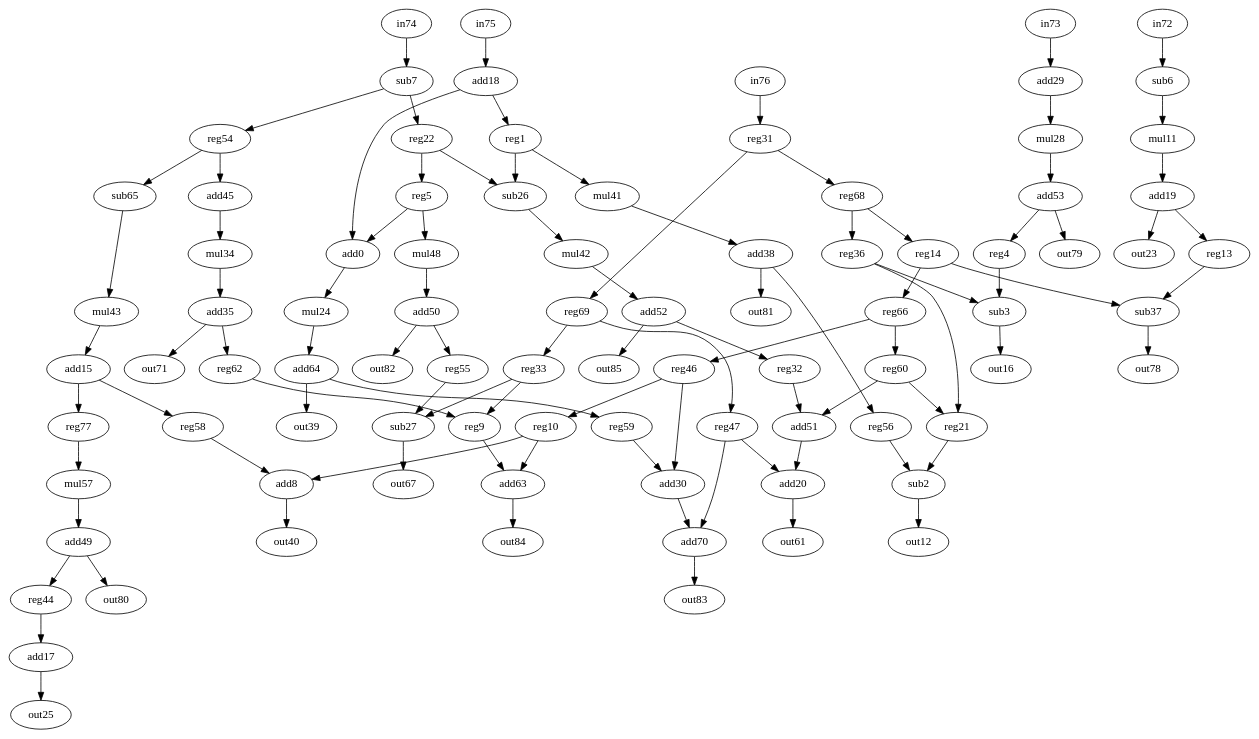
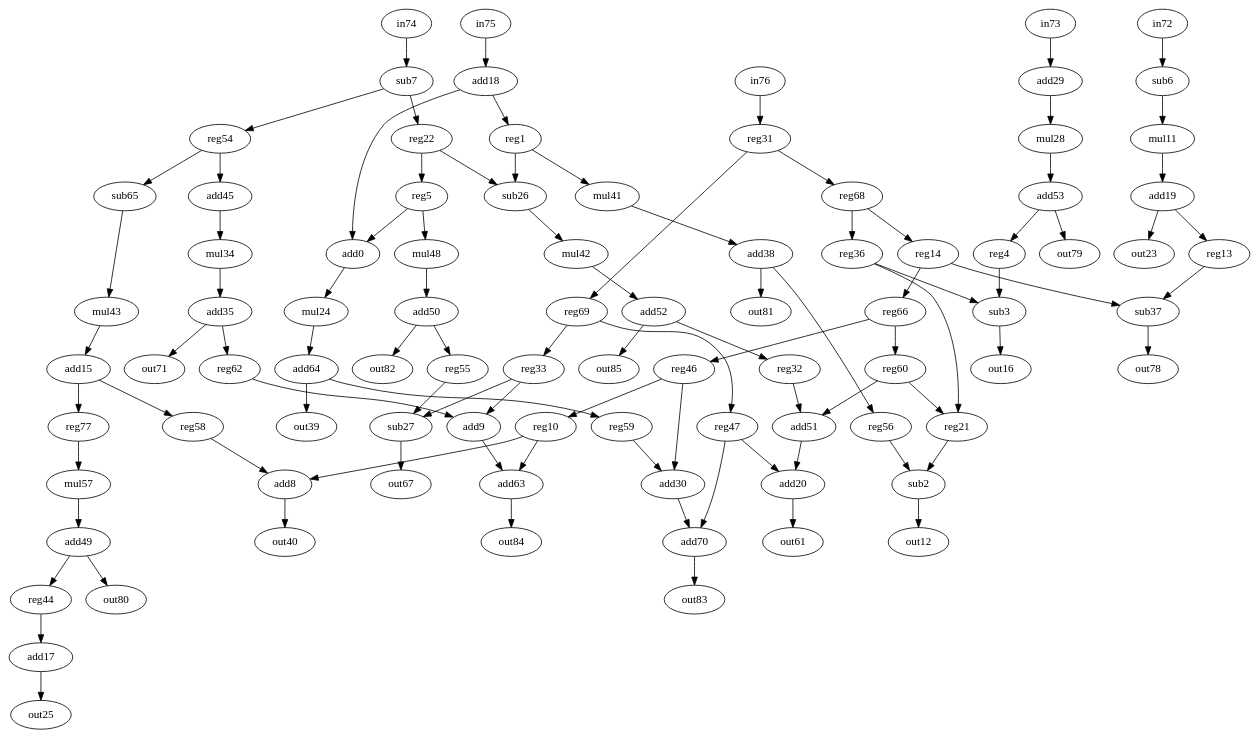
The diagram in bench/test_bench/sincrono/collapse_pyr.dot (jeronimopenha/traversal_project), drawn with Graphviz before and after one commit. The commit also changed 61 other files, not shown here.

```diff
--- a/bench/test_bench/sincrono/collapse_pyr.dot
+++ b/bench/test_bench/sincrono/collapse_pyr.dot
@@ -1,183 +1,183 @@
-digraph "collapse_pyr" {
-0 [label=add0, op=add];
-1 [label=reg1, op=reg];
-2 [label=sub2, op=sub];
-3 [label=sub3, op=sub];
-4 [label=reg4, op=reg];
-5 [label=reg5, op=reg];
-6 [label=sub6, op=subi, value=2];
-7 [label=sub7, op=subi, value=2];
-8 [label=add8, op=add];
-9 [label=reg9, op=reg];
-10 [label=reg10, op=reg];
-11 [label=mul11, op=muli, value=2];
-12 [label=out12, op=out];
-13 [label=reg13, op=reg];
-14 [label=reg14, op=reg];
-15 [label=add15, op=addi, value=2];
-16 [label=out16, op=out];
-17 [label=add17, op=addi, value=2];
-18 [label=add18, op=addi, value=2];
-19 [label=add19, op=addi, value=2];
-20 [label=add20, op=add];
-21 [label=reg21, op=reg];
-22 [label=reg22, op=reg];
-23 [label=out23, op=out];
-24 [label=mul24, op=muli, value=2];
-25 [label=out25, op=out];
-26 [label=sub26, op=sub];
-27 [label=sub27, op=sub];
-28 [label=mul28, op=muli, value=2];
-29 [label=add29, op=addi, value=2];
-30 [label=add30, op=add];
-31 [label=reg31, op=reg];
-32 [label=reg32, op=reg];
-33 [label=reg33, op=reg];
-34 [label=mul34, op=muli, value=2];
-35 [label=add35, op=addi, value=2];
-36 [label=reg36, op=reg];
-37 [label=sub37, op=sub];
-38 [label=add38, op=addi, value=2];
-39 [label=out39, op=out];
-40 [label=out40, op=out];
-41 [label=mul41, op=muli, value=2];
-42 [label=mul42, op=muli, value=2];
-43 [label=mul43, op=muli, value=2];
-44 [label=reg44, op=reg];
-45 [label=add45, op=addi, value=2];
-46 [label=reg46, op=reg];
-47 [label=reg47, op=reg];
-48 [label=mul48, op=muli, value=2];
-49 [label=add49, op=addi, value=2];
-50 [label=add50, op=addi, value=2];
-51 [label=add51, op=add];
-52 [label=add52, op=addi, value=2];
-53 [label=add53, op=addi, value=2];
-54 [label=reg54, op=reg];
-55 [label=reg55, op=reg];
-56 [label=reg56, op=reg];
-57 [label=mul57, op=muli, value=2];
-58 [label=reg58, op=reg];
-59 [label=reg59, op=reg];
-60 [label=reg60, op=reg];
-61 [label=out61, op=out];
-62 [label=reg62, op=reg];
-63 [label=add63, op=add];
-64 [label=add64, op=addi, value=2];
-65 [label=sub65, op=subi, value=2];
-66 [label=reg66, op=reg];
-67 [label=out67, op=out];
-68 [label=reg68, op=reg];
-69 [label=reg69, op=reg];
-70 [label=add70, op=add];
-71 [label=out71, op=out];
-72 [label=in72, op=in];
-73 [label=in73, op=in];
-74 [label=in74, op=in];
-75 [label=in75, op=in];
-76 [label=in76, op=in];
-77 [label=reg77, op=reg];
-78 [label=out78, op=out];
-79 [label=out79, op=out];
-80 [label=out80, op=out];
-81 [label=out81, op=out];
-82 [label=out82, op=out];
-83 [label=out83, op=out];
-84 [label=out84, op=out];
-85 [label=out85, op=out];
+strict digraph "collapse_pyr" {
+0 [alap=4, asap=4, label=add0, op=add];
+1 [alap=2, asap=2, label=reg1, op=reg];
+2 [alap=7, asap=7, label=sub2, op=sub];
+3 [alap=5, asap=5, label=sub3, op=sub];
+4 [alap=4, asap=4, label=reg4, op=reg];
+5 [alap=3, asap=3, label=reg5, op=reg];
+6 [alap=1, asap=1, label=sub6, op=subi, value=2];
+7 [alap=1, asap=1, label=sub7, op=subi, value=2];
+8 [alap=7, asap=7, label=add8, op=add];
+9 [alap=7, asap=7, label=add9, op=add];
+10 [alap=6, asap=6, label=reg10, op=reg];
+11 [alap=2, asap=2, label=mul11, op=muli, value=2];
+12 [alap=8, asap=8, label=out12, op=out];
+13 [alap=4, asap=4, label=reg13, op=reg];
+14 [alap=3, asap=3, label=reg14, op=reg];
+15 [alap=5, asap=5, label=add15, op=addi, value=2];
+16 [alap=6, asap=6, label=out16, op=out];
+17 [alap=10, asap=10, label=add17, op=addi, value=2];
+18 [alap=1, asap=1, label=add18, op=addi, value=2];
+19 [alap=3, asap=3, label=add19, op=addi, value=2];
+20 [alap=8, asap=8, label=add20, op=add];
+21 [alap=6, asap=6, label=reg21, op=reg];
+22 [alap=2, asap=2, label=reg22, op=reg];
+23 [alap=4, asap=4, label=out23, op=out];
+24 [alap=5, asap=5, label=mul24, op=muli, value=2];
+25 [alap=11, asap=11, label=out25, op=out];
+26 [alap=3, asap=3, label=sub26, op=sub];
+27 [alap=7, asap=7, label=sub27, op=sub];
+28 [alap=2, asap=2, label=mul28, op=muli, value=2];
+29 [alap=1, asap=1, label=add29, op=addi, value=2];
+30 [alap=8, asap=8, label=add30, op=add];
+31 [alap=1, asap=1, label=reg31, op=reg];
+32 [alap=6, asap=6, label=reg32, op=reg];
+33 [alap=6, asap=3, label=reg33, op=reg];
+34 [alap=4, asap=4, label=mul34, op=muli, value=2];
+35 [alap=5, asap=5, label=add35, op=addi, value=2];
+36 [alap=4, asap=3, label=reg36, op=reg];
+37 [alap=5, asap=5, label=sub37, op=sub];
+38 [alap=4, asap=4, label=add38, op=addi, value=2];
+39 [alap=7, asap=7, label=out39, op=out];
+40 [alap=8, asap=8, label=out40, op=out];
+41 [alap=3, asap=3, label=mul41, op=muli, value=2];
+42 [alap=4, asap=4, label=mul42, op=muli, value=2];
+43 [alap=4, asap=4, label=mul43, op=muli, value=2];
+44 [alap=9, asap=9, label=reg44, op=reg];
+45 [alap=3, asap=3, label=add45, op=addi, value=2];
+46 [alap=5, asap=5, label=reg46, op=reg];
+47 [alap=7, asap=3, label=reg47, op=reg];
+48 [alap=4, asap=4, label=mul48, op=muli, value=2];
+49 [alap=8, asap=8, label=add49, op=addi, value=2];
+50 [alap=5, asap=5, label=add50, op=addi, value=2];
+51 [alap=7, asap=7, label=add51, op=add];
+52 [alap=5, asap=5, label=add52, op=addi, value=2];
+53 [alap=3, asap=3, label=add53, op=addi, value=2];
+54 [alap=2, asap=2, label=reg54, op=reg];
+55 [alap=6, asap=6, label=reg55, op=reg];
+56 [alap=6, asap=5, label=reg56, op=reg];
+57 [alap=7, asap=7, label=mul57, op=muli, value=2];
+58 [alap=6, asap=6, label=reg58, op=reg];
+59 [alap=7, asap=7, label=reg59, op=reg];
+60 [alap=5, asap=5, label=reg60, op=reg];
+61 [alap=9, asap=9, label=out61, op=out];
+62 [alap=6, asap=6, label=reg62, op=reg];
+63 [alap=8, asap=8, label=add63, op=add];
+64 [alap=6, asap=6, label=add64, op=addi, value=2];
+65 [alap=3, asap=3, label=sub65, op=subi, value=2];
+66 [alap=4, asap=4, label=reg66, op=reg];
+67 [alap=8, asap=8, label=out67, op=out];
+68 [alap=2, asap=2, label=reg68, op=reg];
+69 [alap=5, asap=2, label=reg69, op=reg];
+70 [alap=9, asap=9, label=add70, op=add];
+71 [alap=6, asap=6, label=out71, op=out];
+72 [alap=0, asap=0, label=in72, op=in];
+73 [alap=0, asap=0, label=in73, op=in];
+74 [alap=0, asap=0, label=in74, op=in];
+75 [alap=0, asap=0, label=in75, op=in];
+76 [alap=0, asap=0, label=in76, op=in];
+77 [alap=6, asap=6, label=reg77, op=reg];
+78 [alap=6, asap=6, label=out78, op=out];
+79 [alap=4, asap=4, label=out79, op=out];
+80 [alap=9, asap=9, label=out80, op=out];
+81 [alap=5, asap=5, label=out81, op=out];
+82 [alap=6, asap=6, label=out82, op=out];
+83 [alap=10, asap=10, label=out83, op=out];
+84 [alap=9, asap=9, label=out84, op=out];
+85 [alap=6, asap=6, label=out85, op=out];
 0 -> 24  [port=0, w=0];
 1 -> 26  [port=0, w=0];
 1 -> 41  [port=0, w=0];
 2 -> 12  [port=0, w=0];
 3 -> 16  [port=0, w=0];
 4 -> 3  [port=0, w=0];
 5 -> 0  [port=0, w=0];
 5 -> 48  [port=0, w=0];
 6 -> 11  [port=0, w=0];
 7 -> 22  [port=0, w=0];
 7 -> 54  [port=0, w=0];
 8 -> 40  [port=0, w=0];
 9 -> 63  [port=0, w=0];
 10 -> 8  [port=0, w=0];
 10 -> 63  [port=1, w=0];
 11 -> 19  [port=0, w=0];
 13 -> 37  [port=0, w=0];
 14 -> 37  [port=1, w=0];
 14 -> 66  [port=0, w=0];
 15 -> 77  [port=0, w=0];
 15 -> 58  [port=0, w=0];
 17 -> 25  [port=0, w=0];
 18 -> 0  [port=1, w=0];
 18 -> 1  [port=0, w=0];
 19 -> 13  [port=0, w=0];
 19 -> 23  [port=0, w=0];
 20 -> 61  [port=0, w=0];
 21 -> 2  [port=0, w=0];
 22 -> 5  [port=0, w=0];
 22 -> 26  [port=1, w=0];
 24 -> 64  [port=0, w=0];
 26 -> 42  [port=0, w=0];
 27 -> 67  [port=0, w=0];
 28 -> 53  [port=0, w=0];
 29 -> 28  [port=0, w=0];
 30 -> 70  [port=0, w=0];
 31 -> 68  [port=0, w=0];
 31 -> 69  [port=0, w=0];
 32 -> 51  [port=0, w=0];
 33 -> 9  [port=0, w=0];
 33 -> 27  [port=0, w=0];
 34 -> 35  [port=0, w=0];
 35 -> 62  [port=0, w=0];
 35 -> 71  [port=0, w=0];
 36 -> 3  [port=1, w=0];
 36 -> 21  [port=0, w=0];
 37 -> 78  [port=0, w=0];
 38 -> 81  [port=0, w=0];
 38 -> 56  [port=0, w=0];
 41 -> 38  [port=0, w=0];
 42 -> 52  [port=0, w=0];
 43 -> 15  [port=0, w=0];
 44 -> 17  [port=0, w=0];
 45 -> 34  [port=0, w=0];
 46 -> 10  [port=0, w=0];
 46 -> 30  [port=0, w=0];
 47 -> 20  [port=0, w=0];
 47 -> 70  [port=1, w=0];
 48 -> 50  [port=0, w=0];
 49 -> 80  [port=0, w=0];
 49 -> 44  [port=0, w=0];
 50 -> 55  [port=0, w=0];
 50 -> 82  [port=0, w=0];
 51 -> 20  [port=1, w=0];
 52 -> 32  [port=0, w=0];
 52 -> 85  [port=0, w=0];
 53 -> 4  [port=0, w=0];
 53 -> 79  [port=0, w=0];
 54 -> 45  [port=0, w=0];
 54 -> 65  [port=0, w=0];
 55 -> 27  [port=1, w=0];
 56 -> 2  [port=1, w=0];
 57 -> 49  [port=0, w=0];
 58 -> 8  [port=1, w=0];
 59 -> 30  [port=1, w=0];
 60 -> 21  [port=1, w=0];
 60 -> 51  [port=1, w=0];
 62 -> 9  [port=1, w=0];
 63 -> 84  [port=0, w=0];
 64 -> 39  [port=0, w=0];
 64 -> 59  [port=0, w=0];
 65 -> 43  [port=0, w=0];
 66 -> 46  [port=0, w=0];
 66 -> 60  [port=0, w=0];
 68 -> 14  [port=0, w=0];
 68 -> 36  [port=0, w=0];
 69 -> 33  [port=0, w=0];
 69 -> 47  [port=0, w=0];
 70 -> 83  [port=0, w=0];
 72 -> 6  [port=0, w=0];
 73 -> 29  [port=0, w=0];
 74 -> 7  [port=0, w=0];
 75 -> 18  [port=0, w=0];
 76 -> 31  [port=0, w=0];
 77 -> 57  [port=0, w=0];
 }
```
